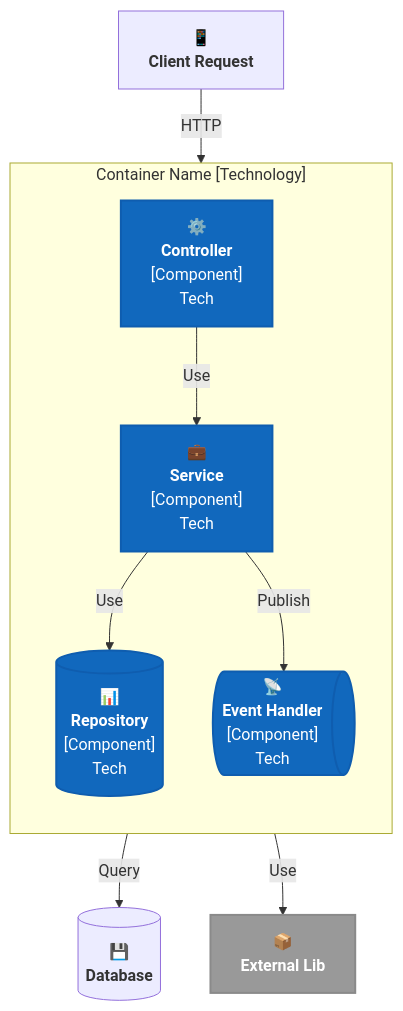
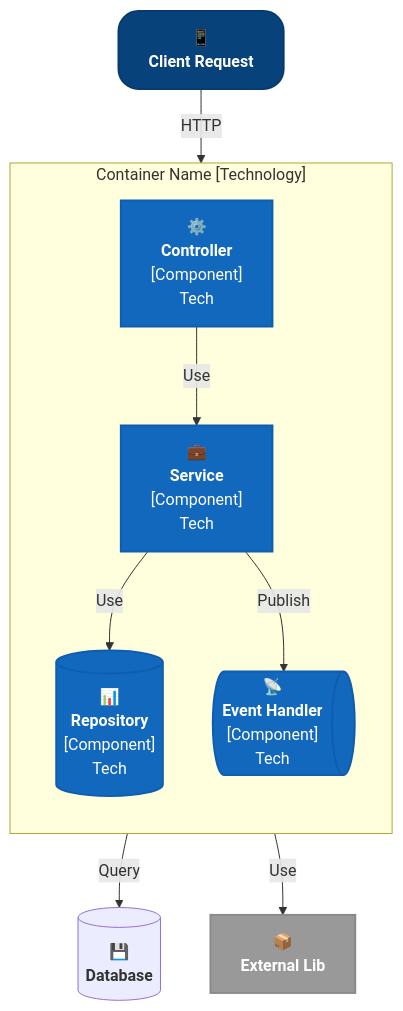
One commit to LockTar/C4-Modeling-in-Mermaid changed the fifth of 5 diagrams in .github/skills/c4-mermaid-diagrams/references/C4-Component-Diagram-Mermaid-Flowchart-Cheatsheet.md. Above: the diagram before and after it, drawn with Mermaid. The commit also changed other lines of this file and 3 other files, not shown here.

Commit message:
Update C4 Mermaid Flowchart Cheatsheets to include Person and PersonExt class definitions for improved diagram clarity

````diff
--- a/.github/skills/c4-mermaid-diagrams/references/C4-Component-Diagram-Mermaid-Flowchart-Cheatsheet.md
+++ b/.github/skills/c4-mermaid-diagrams/references/C4-Component-Diagram-Mermaid-Flowchart-Cheatsheet.md
@@ -311,48 +319,50 @@
 ```mermaid
 flowchart TB
     %% ===== STYLES =====
+    classDef Person fill:#08427b,stroke:#073b6f,color:#fff,rx:20px,ry:20px,stroke-width:2px;
     classDef Component fill:#1168bd,stroke:#0f5daf,color:#fff,stroke-width:2px;
     classDef ComponentDb fill:#1168bd,stroke:#0f5daf,color:#fff,stroke-width:2px;
     classDef ComponentQueue fill:#1168bd,stroke:#0f5daf,color:#fff,stroke-width:2px;
     classDef ComponentExt fill:#999999,stroke:#8a8a8a,color:#fff,stroke-width:2px;
 
     %% ===== EXTERNAL INPUT =====
     input["📱<br/><b>Client Request</b>"]
 
     %% ===== CONTAINER BOUNDARY =====
     subgraph container["Container Name [Technology]"]
         direction TB
 
         %% Layer 1: Interface/Controller
         ctrl["⚙️<br/><b>Controller</b><br/>[Component]<br/>Tech"]
 
         %% Layer 2: Business Logic
         svc["💼<br/><b>Service</b><br/>[Component]<br/>Tech"]
 
         %% Layer 3: Data Access
         repo[("📊<br/><b>Repository</b><br/>[Component]<br/>Tech")]
 
         %% Events
         events@{ shape: das, label: "📡<br/><b>Event Handler</b><br/>[Component]<br/>Tech" }
 
         class events ComponentQueue
         class ctrl,svc Component
         class repo ComponentDb
 
         %% Dependencies
         ctrl -->|"Use"| svc
         svc -->|"Use"| repo
         svc -->|"Publish"| events
     end
 
     %% ===== EXTERNAL SYSTEMS =====
     extdb[("💾<br/><b>Database</b>")]
     extlib["📦<br/><b>External Lib</b>"]
 
+    class input Person
     class extlib ComponentExt
 
     %% ===== RELATIONSHIPS =====
     input -->|"HTTP"| ctrl
     repo -->|"Query"| extdb
     svc -->|"Use"| extlib
 ```
````
